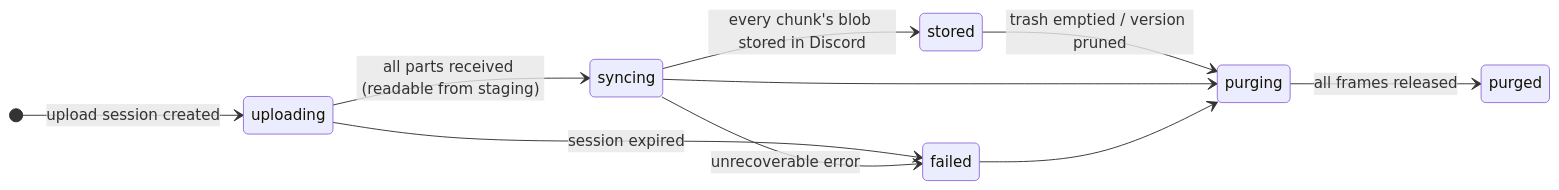
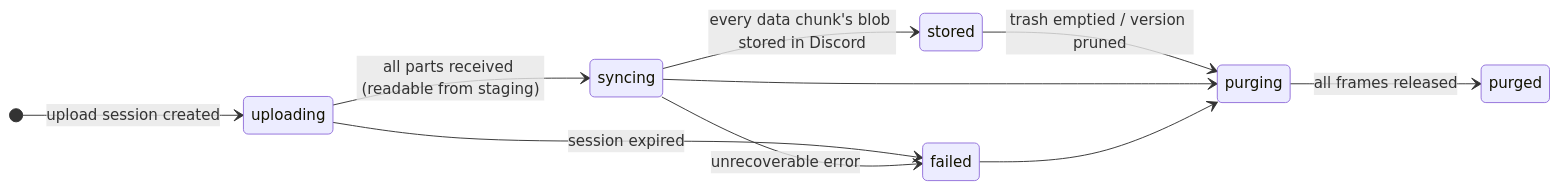
One commit to AlexB8675/DFS changed the fourth of 10 diagrams in docs/DESIGN.md. Above: the diagram before and after it, drawn with Mermaid. The commit also changed other lines of this file, not shown here.

Commit message:
Design v0.4: fix stale chunk-size and state wording
The header table still gave the attachment limit as the chunk size, and
the version state diagram said every chunk (now: every data chunk) must
be stored before a version is stored.

````diff
--- a/docs/DESIGN.md
+++ b/docs/DESIGN.md
@@ -325,13 +325,13 @@
 ```mermaid
 stateDiagram-v2
     direction LR
     [*] --> uploading : upload session created
     uploading --> syncing : all parts received (readable from staging)
-    syncing --> stored : every chunk's blob stored in Discord
+    syncing --> stored : every data chunk's blob stored in Discord
     uploading --> failed : session expired
     syncing --> failed : unrecoverable error
     stored --> purging : trash emptied / version pruned
     syncing --> purging
     failed --> purging
     purging --> purged : all frames released
 ```
````
